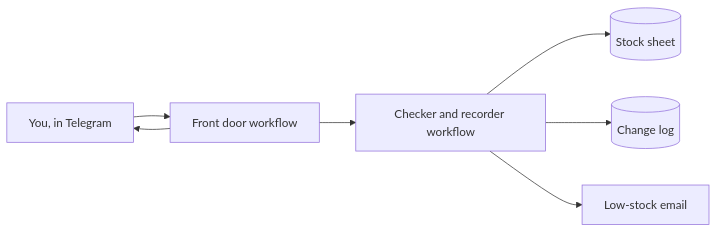
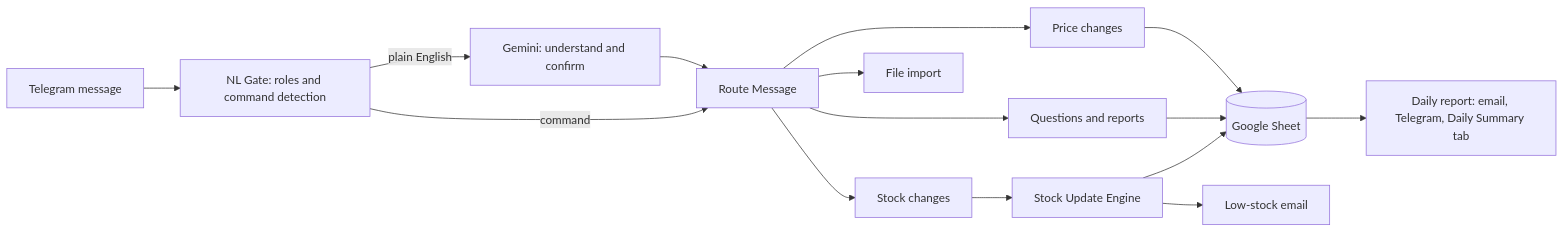
One commit to Star-obiero/Inventory-Management-Bot changed the diagram in README.md. Above: the diagram before and after it, drawn with Mermaid. The commit also changed other lines of this file and 11 other files, not shown here.

````diff
--- a/README.md
+++ b/README.md
@@ -40,9 +29,17 @@
 ```mermaid
 flowchart LR
-    A[You, in Telegram] --> B[Front door workflow]
-    B --> C[Checker and recorder workflow]
-    C --> D[(Stock sheet)]
-    C --> E[(Change log)]
-    C --> F[Low-stock email]
-    B --> A
+    T[Telegram message] --> G[NL Gate: roles and command detection]
+    G -->|plain English| AI[Gemini: understand and confirm]
+    G -->|command| R[Route Message]
+    AI --> R
+    R --> Q[Questions and reports]
+    R --> S[Stock changes]
+    R --> P[Price changes]
+    R --> F[File import]
+    S --> E[Stock Update Engine]
+    E --> Sheet[(Google Sheet)]
+    Q --> Sheet
+    P --> Sheet
+    E --> A[Low-stock email]
+    Sheet --> D[Daily report: email, Telegram, Daily Summary tab]
 ```
````
